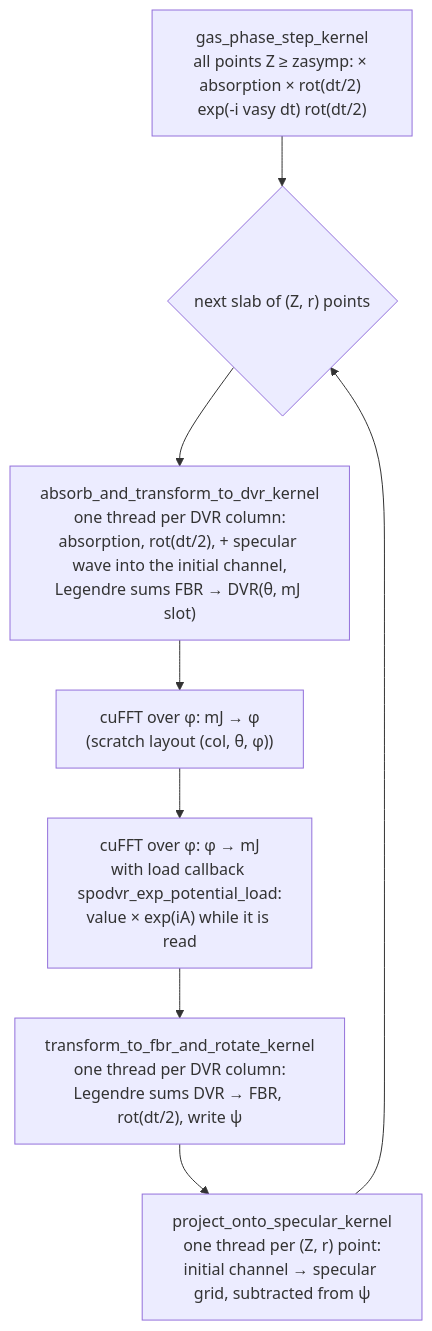
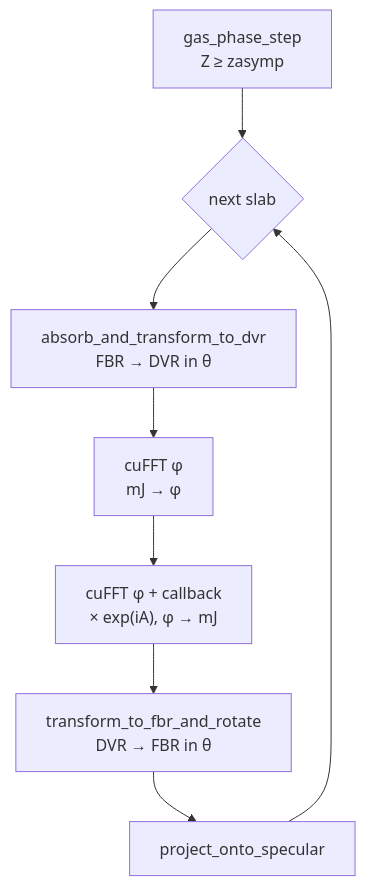
The second of 2 diagrams in src/cuda/README.md (ewfsmeets/Cpp-SPO-DVR), drawn with Mermaid before and after one commit. The commit also changed other lines of this file and 2 other files, not shown here.

````diff
--- a/src/cuda/README.md
+++ b/src/cuda/README.md
@@ -172,11 +149,10 @@
 ```mermaid
 flowchart TB
-  G["gas_phase_step_kernel<br/>all points Z ≥ zasymp: × absorption × rot(dt/2) exp(-i vasy dt) rot(dt/2)"]
-  G --> L{"next slab of (Z, r) points"}
-  L --> A["absorb_and_transform_to_dvr_kernel<br/>one thread per DVR column:<br/>absorption, rot(dt/2), + specular wave into the initial channel,<br/>Legendre sums FBR → DVR(θ, mJ slot)"]
-  A --> F1["cuFFT over φ: mJ → φ<br/>(scratch layout (col, θ, φ))"]
-  F1 --> F2["cuFFT over φ: φ → mJ<br/>with load callback spodvr_exp_potential_load:<br/>value × exp(iA) while it is read"]
-  F2 --> B["transform_to_fbr_and_rotate_kernel<br/>one thread per DVR column:<br/>Legendre sums DVR → FBR, rot(dt/2), write ψ"]
-  B --> R["project_onto_specular_kernel<br/>one thread per (Z, r) point:<br/>initial channel → specular grid, subtracted from ψ"]
-  R --> L
+  G["gas_phase_step<br/>Z ≥ zasymp"] --> S{"next slab"}
+  S --> A["absorb_and_transform_to_dvr<br/>FBR → DVR in θ"]
+  A --> F1["cuFFT φ<br/>mJ → φ"]
+  F1 --> F2["cuFFT φ + callback<br/>× exp(iA), φ → mJ"]
+  F2 --> B["transform_to_fbr_and_rotate<br/>DVR → FBR in θ"]
+  B --> P["project_onto_specular"]
+  P --> S
 ```
````
